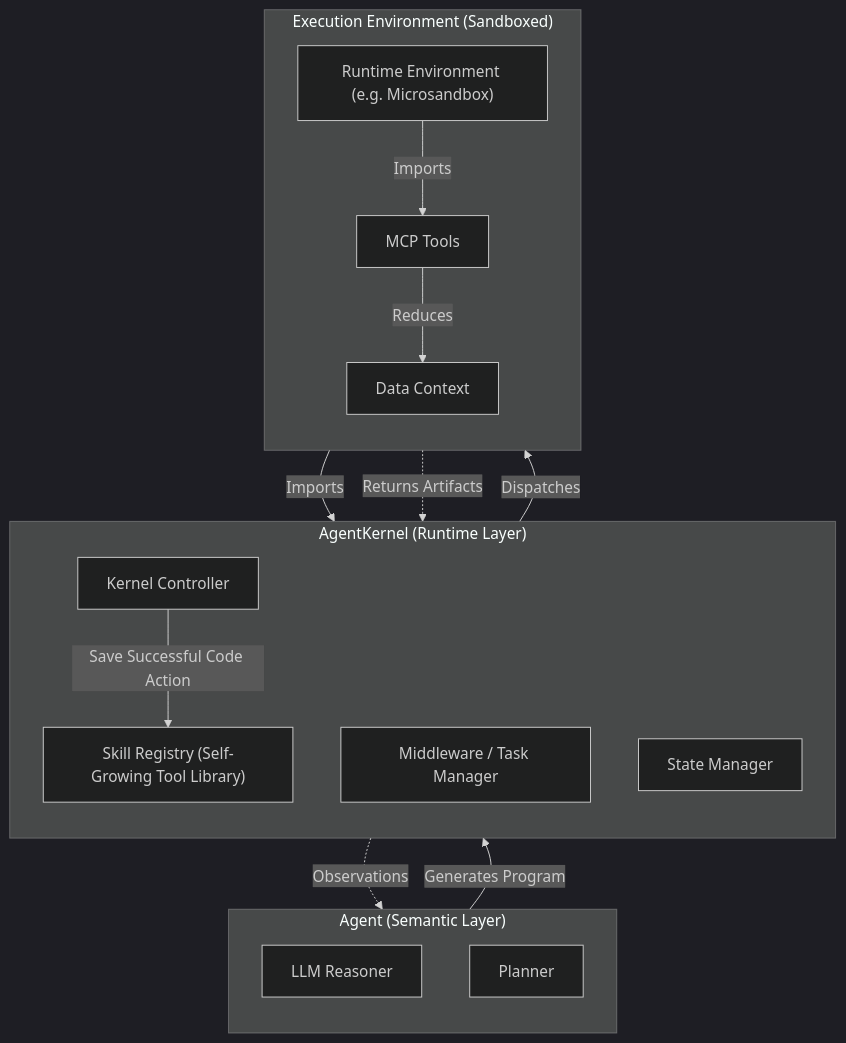
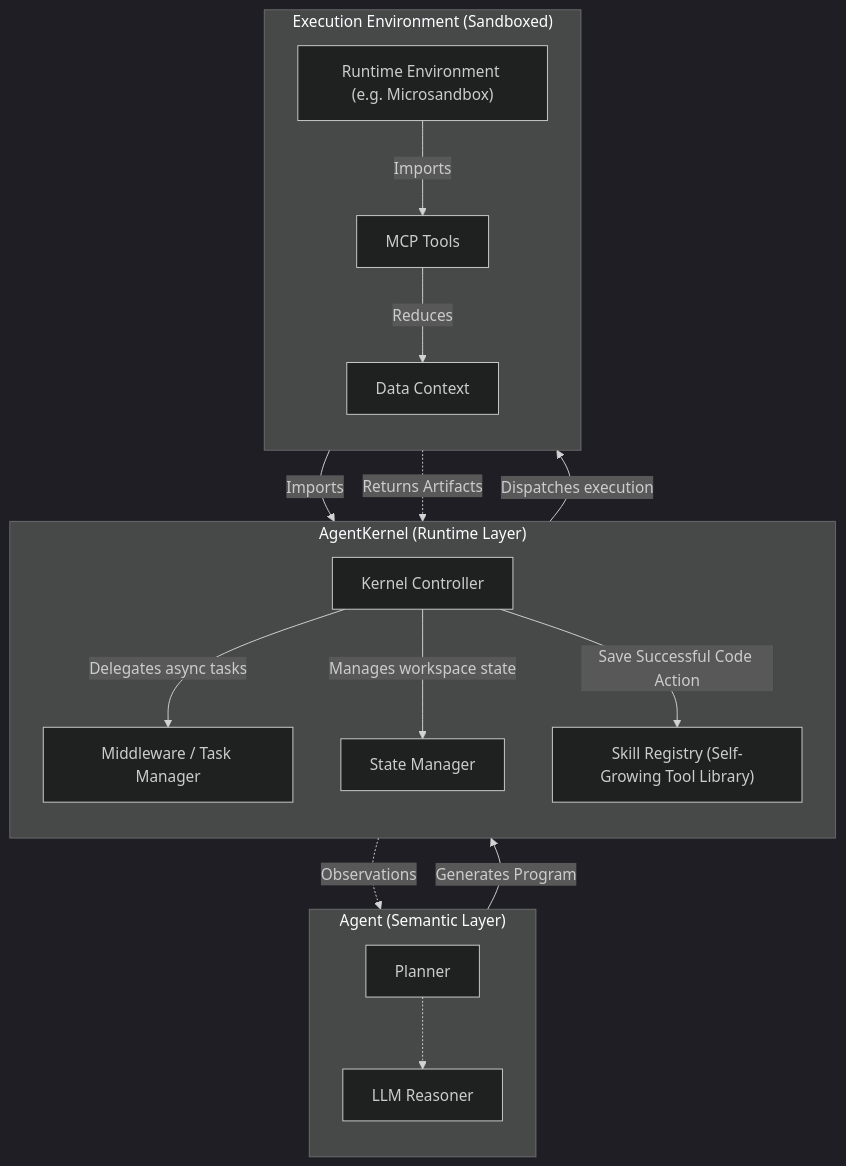
The diagram in README.md (TJKlein/AgentKernel), drawn with Mermaid (dark theme) before and after one commit.

Commit message:
Fixed diagram

````diff
--- a/README.md
+++ b/README.md
@@ -52,40 +52,45 @@
 ```mermaid
 graph TD
     %% Define the distinct vertical layers explicitly
     subgraph Layer1 ["Agent (Semantic Layer)"]
         direction TB
         A["LLM Reasoner"]
         B["Planner"]
     end
 
     subgraph Layer2 ["AgentKernel (Runtime Layer)"]
         direction TB
         K["Kernel Controller"]
         M["Middleware / Task Manager"]
         S["State Manager"]
         SK["Skill Registry (Self-Growing Tool Library)"]
     end
 
     subgraph Layer3 ["Execution Environment (Sandboxed)"]
         direction TB
         VM["Runtime Environment (e.g. Microsandbox)"]
         T["MCP Tools"]
         D["Data Context"]
     end
 
     %% Semantic -> Kernel
     A -->|Generates Program| K
+    B -.-> A
+    
+    %% Kernel Operations
+    K -->|Delegates async tasks| M
+    K -->|Manages workspace state| S
+    K -->|Save Successful Code Action| SK
     
     %% Kernel -> Env
-    K -->|Dispatches| VM
-    K -->|Save Successful Code Action| SK
+    K -->|Dispatches execution| VM
     
     %% Env Internal
     VM -->|Imports| T
     VM -->|Imports| SK
     T -->|Reduces| D
     
-    %% Upward Returns (styled or forced to not break top-down flow if possible)
+    %% Upward Returns
     VM -.->|Returns Artifacts| K
     K -.->|Observations| A
 ```
````
